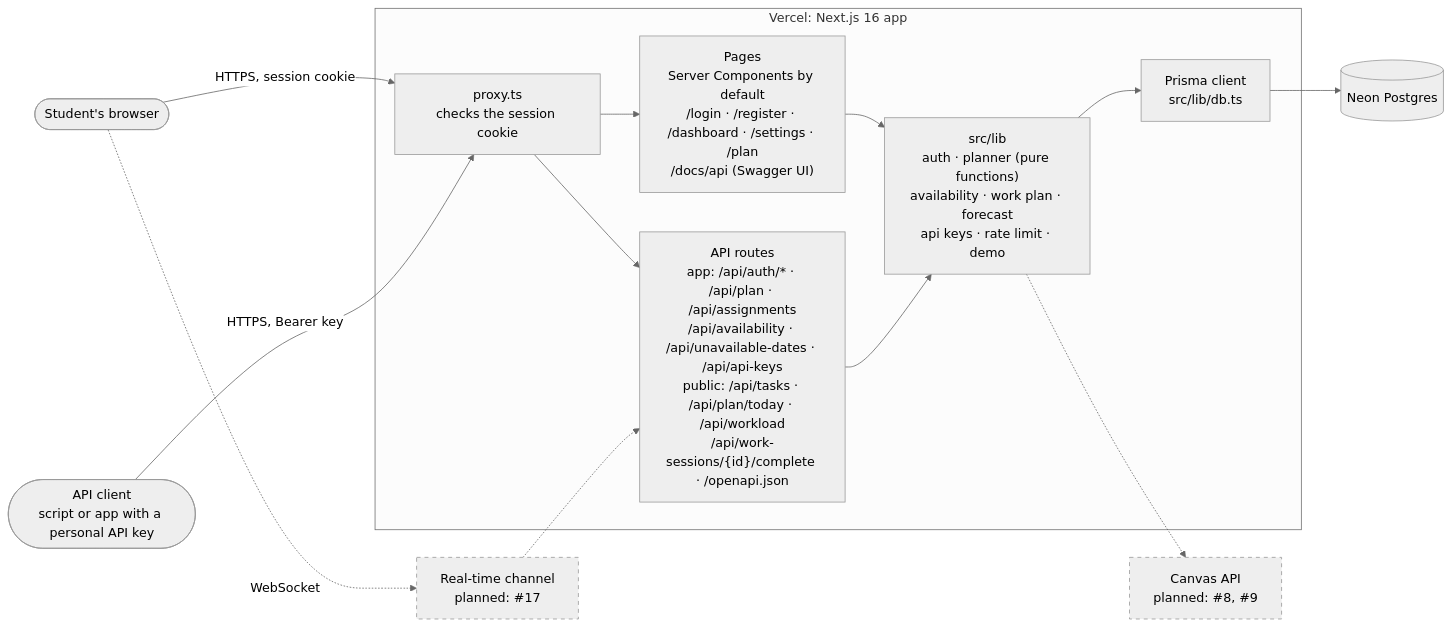
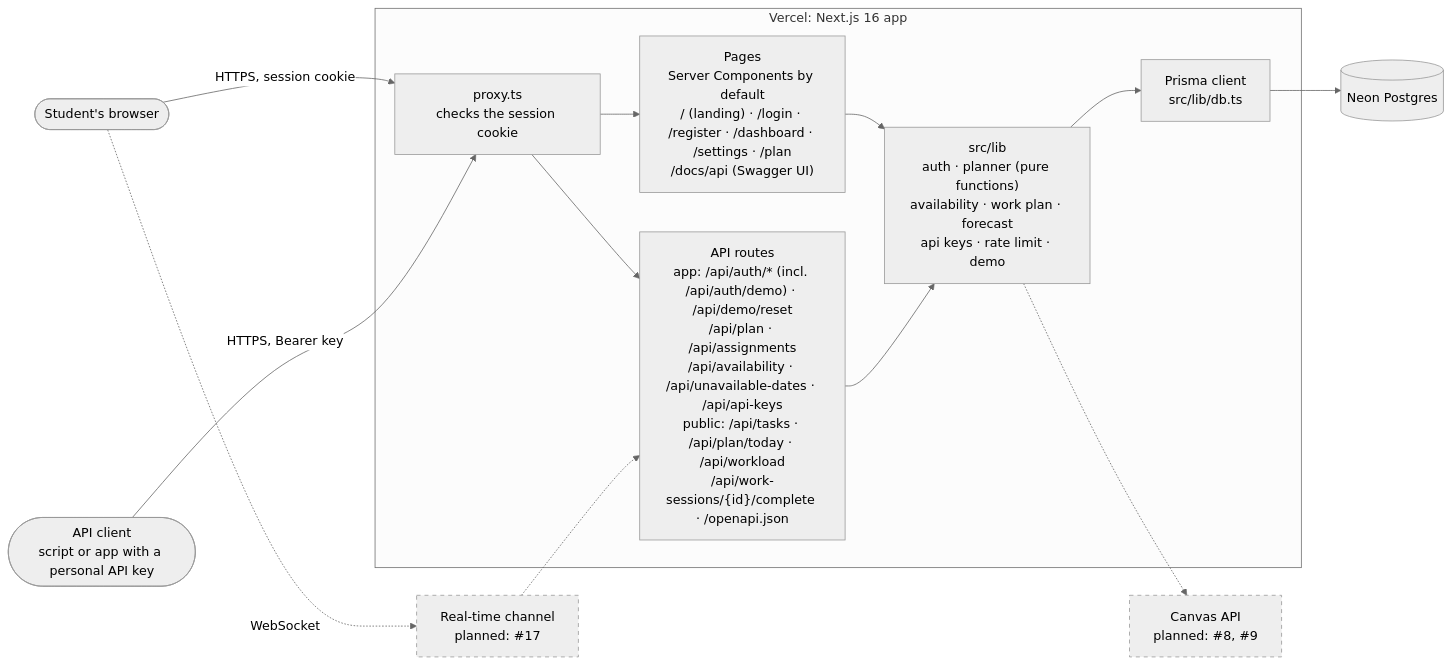
One commit to ch3nxi1iu/CS6983Project2 changed the first of 2 diagrams in docs/architecture.md. Above: the diagram before and after it, drawn with Mermaid (neutral theme). The commit also changed other lines of this file, not shown here.

Commit message:
docs: add the landing page and demo routes to the architecture (#22)

````diff
--- a/docs/architecture.md
+++ b/docs/architecture.md
@@ -8,32 +8,32 @@
 ```mermaid
 flowchart LR
   browser(["Student's browser"])
   client(["API client<br/>script or app with a personal API key"])
 
   subgraph vercel["Vercel: Next.js 16 app"]
     proxy["proxy.ts<br/>checks the session cookie"]
-    pages["Pages<br/>Server Components by default<br/>/login · /register · /dashboard · /settings · /plan<br/>/docs/api (Swagger UI)"]
-    api["API routes<br/>app: /api/auth/* · /api/plan · /api/assignments<br/>/api/availability · /api/unavailable-dates · /api/api-keys<br/>public: /api/tasks · /api/plan/today · /api/workload<br/>/api/work-sessions/{id}/complete · /openapi.json"]
+    pages["Pages<br/>Server Components by default<br/>/ (landing) · /login · /register · /dashboard · /settings · /plan<br/>/docs/api (Swagger UI)"]
+    api["API routes<br/>app: /api/auth/* (incl. /api/auth/demo) · /api/demo/reset<br/>/api/plan · /api/assignments<br/>/api/availability · /api/unavailable-dates · /api/api-keys<br/>public: /api/tasks · /api/plan/today · /api/workload<br/>/api/work-sessions/{id}/complete · /openapi.json"]
     lib["src/lib<br/>auth · planner (pure functions)<br/>availability · work plan · forecast<br/>api keys · rate limit · demo"]
     db["Prisma client<br/>src/lib/db.ts"]
   end
 
   neon[("Neon Postgres")]
   canvas["Canvas API<br/>planned: #8, #9"]
   realtime["Real-time channel<br/>planned: #17"]
 
   browser -->|HTTPS, session cookie| proxy
   client -->|HTTPS, Bearer key| proxy
   proxy --> pages
   proxy --> api
   pages --> lib
   api --> lib
   lib --> db
   db --> neon
   lib -.-> canvas
   browser -.->|WebSocket| realtime
   realtime -.-> api
 
   classDef planned stroke-dasharray: 5 5
   class canvas,realtime planned
 ```
````
